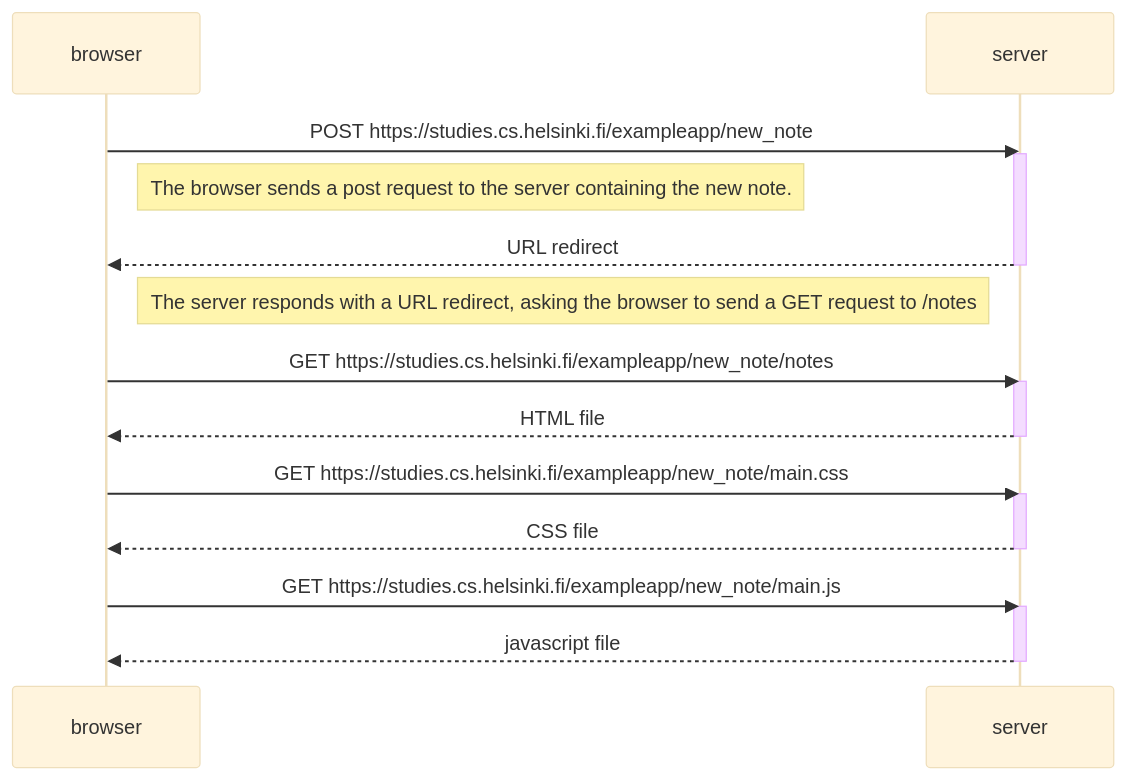
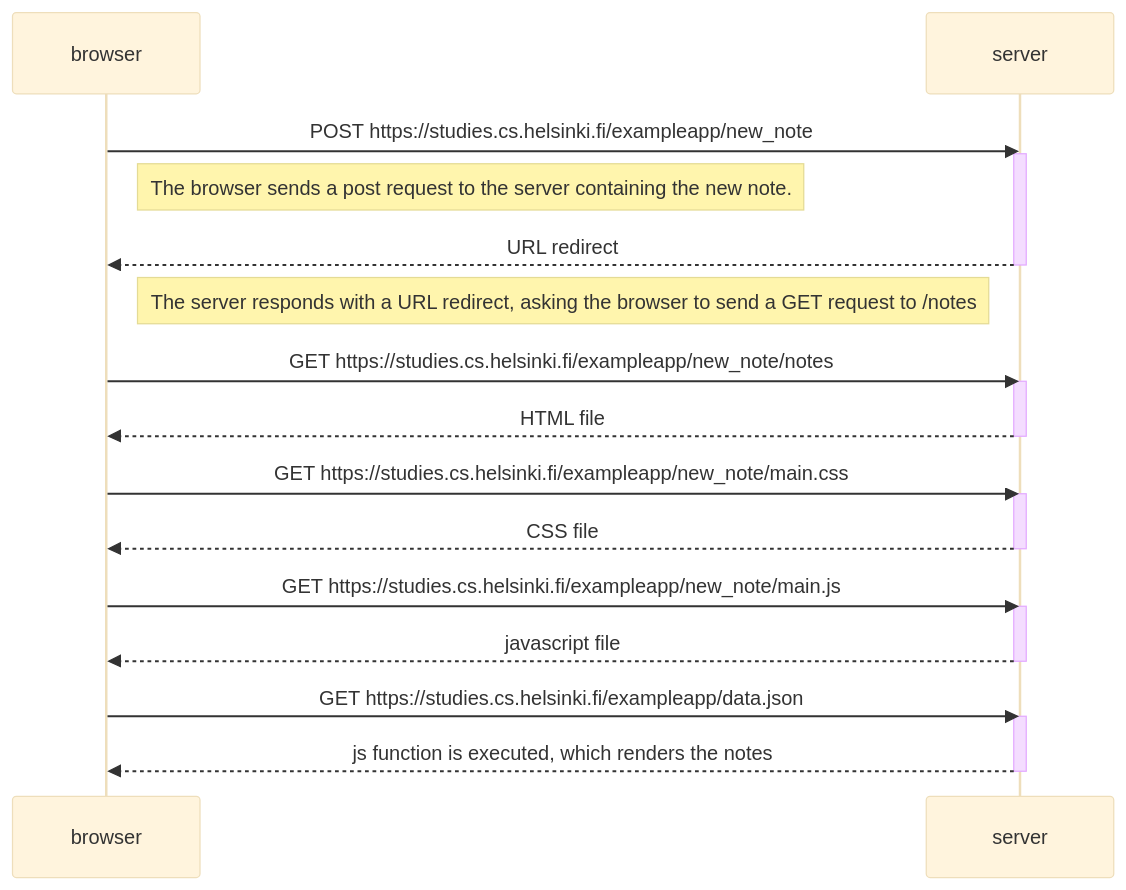
The diagram in part0/NewNoteDiagram.md (vitorlz/fso-exercises), drawn with Mermaid (base theme) before and after one commit.

````diff
--- a/part0/NewNoteDiagram.md
+++ b/part0/NewNoteDiagram.md
@@ -1,29 +1,34 @@
 ```mermaid
 sequenceDiagram
   participant browser
   participant server
 
   browser->>server: POST https://studies.cs.helsinki.fi/exampleapp/new_note
   activate server
   Note right of browser: The browser sends a post request to the server containing the new note.
   server-->> browser: URL redirect
   deactivate server
 
   Note right of browser: The server responds with a URL redirect, asking the browser to send a GET request to /notes
 
   browser->>server: GET https://studies.cs.helsinki.fi/exampleapp/new_note/notes
   activate server
   server-->> browser: HTML file
   deactivate server
 
   browser->>server: GET https://studies.cs.helsinki.fi/exampleapp/new_note/main.css
   activate server
   server-->> browser: CSS file
   deactivate server
 
   browser->>server: GET https://studies.cs.helsinki.fi/exampleapp/new_note/main.js
   activate server
   server-->> browser: javascript file
   deactivate server
 
+  browser->>server: GET https://studies.cs.helsinki.fi/exampleapp/data.json
+  activate server
+  server-->> browser: js function is executed, which renders the notes
+  deactivate server
+
 ```
````
